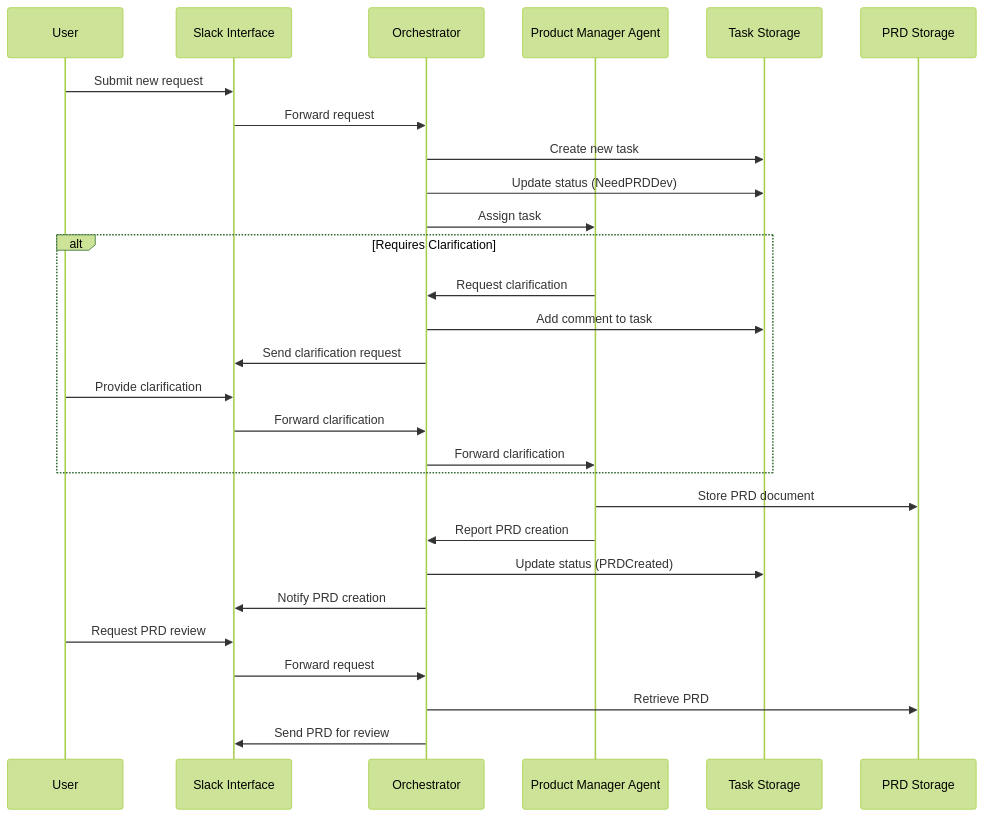
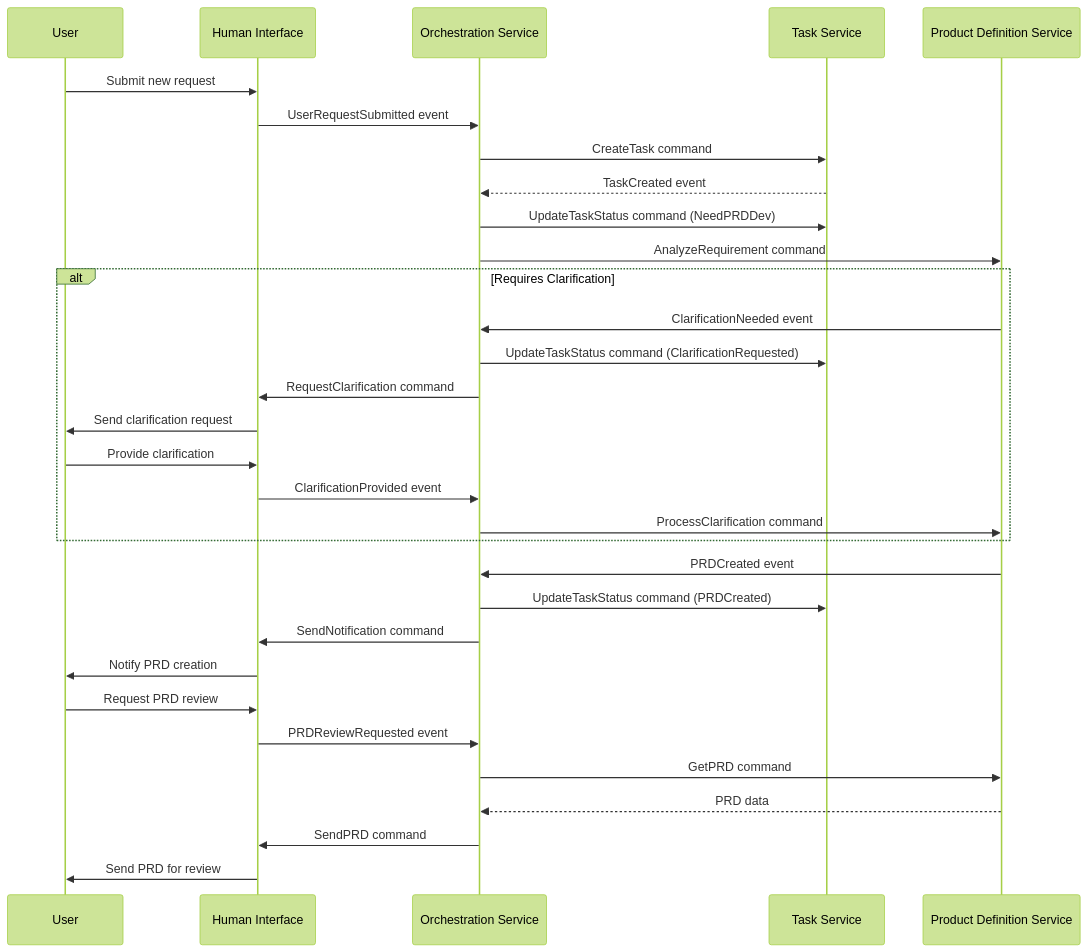
Before and after one commit to kgatilin/aihive: the second of 2 diagrams in docs/roadmap/phase1_implementation.md, drawn with Mermaid (forest theme). The commit also changed other lines of this file and 3 other files, not shown here.

Commit message:
Refactor roadmap documentation to follow DDD principles and remove implementation details

````diff
--- a/docs/roadmap/phase1_implementation.md
+++ b/docs/roadmap/phase1_implementation.md
@@ -88,33 +152,36 @@
 ```mermaid
 sequenceDiagram
     participant User
-    participant Slack as Slack Interface
-    participant Orchestrator
-    participant PM as Product Manager Agent
-    participant Redis as Task Storage
-    participant Git as PRD Storage
+    participant HI as Human Interface
+    participant OS as Orchestration Service
+    participant TS as Task Service
+    participant PDS as Product Definition Service
     
-    User->>Slack: Submit new request
-    Slack->>Orchestrator: Forward request
-    Orchestrator->>Redis: Create new task
-    Orchestrator->>Redis: Update status (NeedPRDDev)
-    Orchestrator->>PM: Assign task
+    User->>HI: Submit new request
+    HI->>OS: UserRequestSubmitted event
+    OS->>TS: CreateTask command
+    TS-->>OS: TaskCreated event
+    OS->>TS: UpdateTaskStatus command (NeedPRDDev)
+    OS->>PDS: AnalyzeRequirement command
     
     alt Requires Clarification
-        PM->>Orchestrator: Request clarification
-        Orchestrator->>Redis: Add comment to task
-        Orchestrator->>Slack: Send clarification request
-        User->>Slack: Provide clarification
-        Slack->>Orchestrator: Forward clarification
-        Orchestrator->>PM: Forward clarification
+        PDS->>OS: ClarificationNeeded event
+        OS->>TS: UpdateTaskStatus command (ClarificationRequested)
+        OS->>HI: RequestClarification command
+        HI->>User: Send clarification request
+        User->>HI: Provide clarification
+        HI->>OS: ClarificationProvided event
+        OS->>PDS: ProcessClarification command
     end
     
-    PM->>Git: Store PRD document
-    PM->>Orchestrator: Report PRD creation
-    Orchestrator->>Redis: Update status (PRDCreated)
-    Orchestrator->>Slack: Notify PRD creation
-    User->>Slack: Request PRD review
-    Slack->>Orchestrator: Forward request
-    Orchestrator->>Git: Retrieve PRD
-    Orchestrator->>Slack: Send PRD for review
+    PDS->>OS: PRDCreated event
+    OS->>TS: UpdateTaskStatus command (PRDCreated)
+    OS->>HI: SendNotification command
+    HI->>User: Notify PRD creation
+    User->>HI: Request PRD review
+    HI->>OS: PRDReviewRequested event
+    OS->>PDS: GetPRD command
+    PDS-->>OS: PRD data
+    OS->>HI: SendPRD command
+    HI->>User: Send PRD for review
 ```
````
